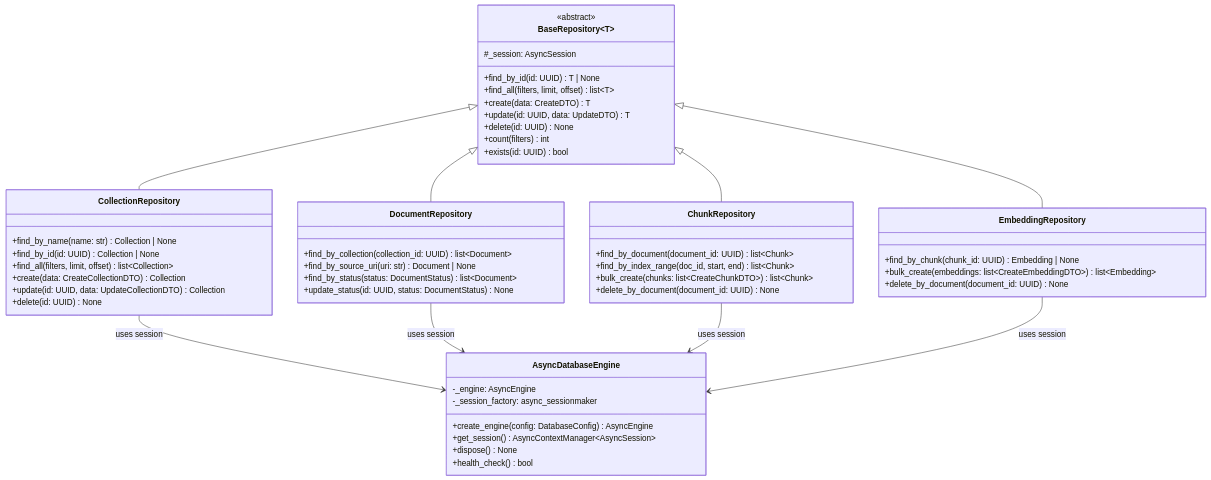
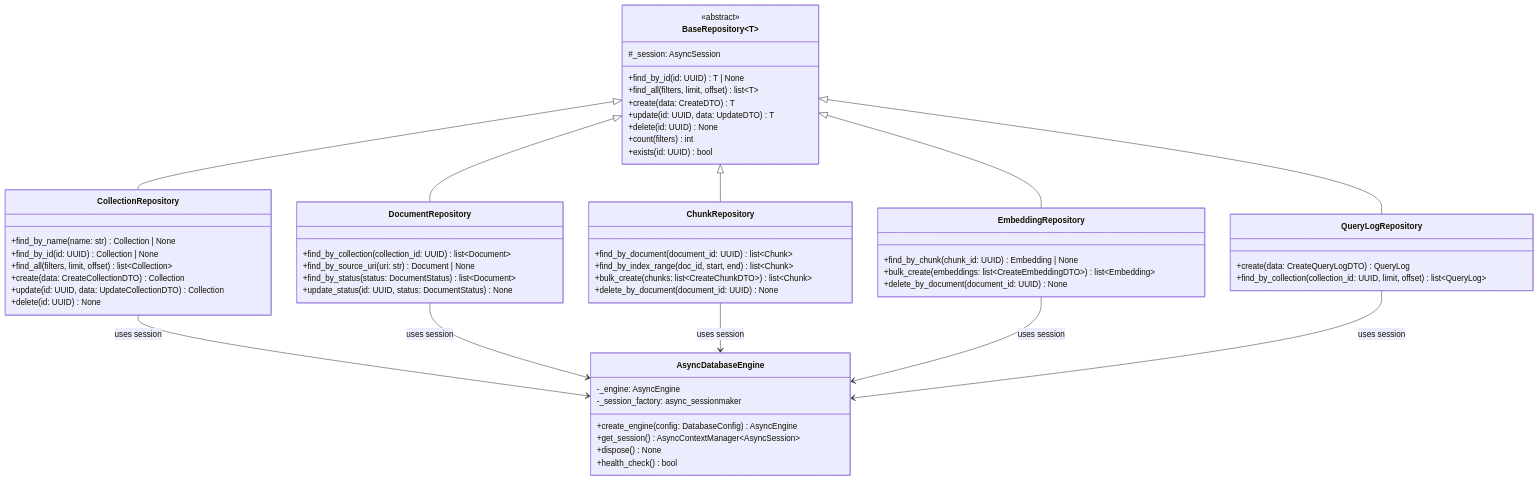
One commit to Hanna-Hinn/VectorForge changed the fourth of 13 diagrams in planning/phase-1-foundation.md. Above: the diagram before and after it, drawn with Mermaid. The commit also changed other lines of this file and 55 other files, not shown here.

````diff
--- a/planning/phase-1-foundation.md
+++ b/planning/phase-1-foundation.md
@@ -489,62 +491,69 @@
 ```mermaid
 classDiagram
     class AsyncDatabaseEngine {
         -_engine: AsyncEngine
         -_session_factory: async_sessionmaker
         +create_engine(config: DatabaseConfig) AsyncEngine
         +get_session() AsyncContextManager~AsyncSession~
         +dispose() None
         +health_check() bool
     }
 
     class BaseRepository~T~ {
         <<abstract>>
         #_session: AsyncSession
         +find_by_id(id: UUID) T | None
         +find_all(filters, limit, offset) list~T~
         +create(data: CreateDTO) T
         +update(id: UUID, data: UpdateDTO) T
         +delete(id: UUID) None
         +count(filters) int
         +exists(id: UUID) bool
     }
 
     class CollectionRepository {
         +find_by_name(name: str) Collection | None
         +find_by_id(id: UUID) Collection | None
         +find_all(filters, limit, offset) list~Collection~
         +create(data: CreateCollectionDTO) Collection
         +update(id: UUID, data: UpdateCollectionDTO) Collection
         +delete(id: UUID) None
     }
 
     class DocumentRepository {
         +find_by_collection(collection_id: UUID) list~Document~
         +find_by_source_uri(uri: str) Document | None
         +find_by_status(status: DocumentStatus) list~Document~
         +update_status(id: UUID, status: DocumentStatus) None
     }
 
     class ChunkRepository {
         +find_by_document(document_id: UUID) list~Chunk~
         +find_by_index_range(doc_id, start, end) list~Chunk~
         +bulk_create(chunks: list~CreateChunkDTO~) list~Chunk~
         +delete_by_document(document_id: UUID) None
     }
 
     class EmbeddingRepository {
         +find_by_chunk(chunk_id: UUID) Embedding | None
         +bulk_create(embeddings: list~CreateEmbeddingDTO~) list~Embedding~
         +delete_by_document(document_id: UUID) None
     }
 
+    class QueryLogRepository {
+        +create(data: CreateQueryLogDTO) QueryLog
+        +find_by_collection(collection_id: UUID, limit, offset) list~QueryLog~
+    }
+
     BaseRepository <|-- CollectionRepository
     BaseRepository <|-- DocumentRepository
     BaseRepository <|-- ChunkRepository
     BaseRepository <|-- EmbeddingRepository
+    BaseRepository <|-- QueryLogRepository
 
     CollectionRepository --> AsyncDatabaseEngine : uses session
     DocumentRepository --> AsyncDatabaseEngine : uses session
     ChunkRepository --> AsyncDatabaseEngine : uses session
     EmbeddingRepository --> AsyncDatabaseEngine : uses session
+    QueryLogRepository --> AsyncDatabaseEngine : uses session
 ```
````
